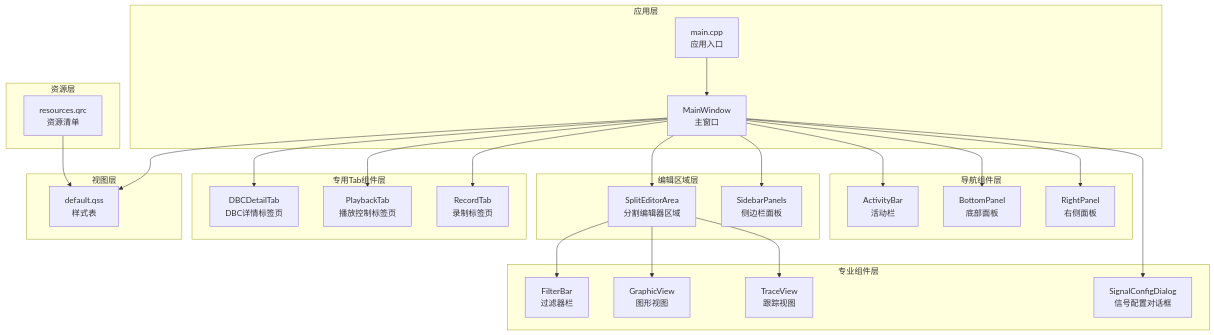
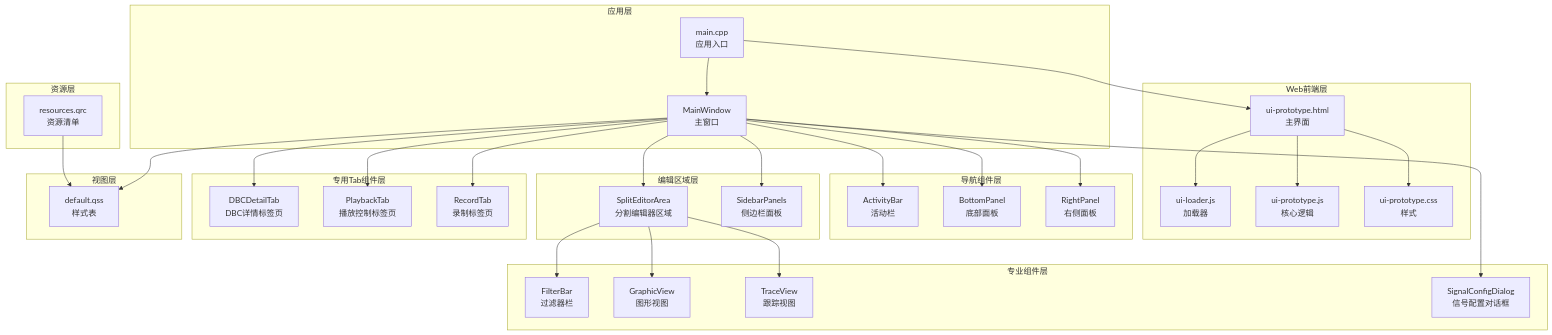
Before and after one commit to jakecai1225-design/OpenBus: the second of 21 diagrams in .qoder/repowiki/zh/content/架构设计/UI系统设计/UI系统设计.md, drawn with Mermaid. The commit also changed other lines of this file and 59 other files, not shown here.

````diff
--- a/.qoder/repowiki/zh/content/架构设计/UI系统设计/UI系统设计.md
+++ b/.qoder/repowiki/zh/content/架构设计/UI系统设计/UI系统设计.md
@@ -155,48 +153,58 @@
 ```mermaid
 graph TB
 subgraph "应用层"
 M["main.cpp<br/>应用入口"]
 MW["MainWindow<br/>主窗口"]
+end
+subgraph "Web前端层"
+WPH["ui-prototype.html<br/>主界面"]
+WL["ui-loader.js<br/>加载器"]
+WP["ui-prototype.js<br/>核心逻辑"]
+WC["ui-prototype.css<br/>样式"]
 end
 subgraph "导航组件层"
 AB["ActivityBar<br/>活动栏"]
 BP["BottomPanel<br/>底部面板"]
 RP["RightPanel<br/>右侧面板"]
 end
 subgraph "编辑区域层"
 SEA["SplitEditorArea<br/>分割编辑器区域"]
 SBP["SidebarPanels<br/>侧边栏面板"]
 end
 subgraph "专用Tab组件层"
 DBCT["DBCDetailTab<br/>DBC详情标签页"]
 PB["PlaybackTab<br/>播放控制标签页"]
 RT["RecordTab<br/>录制标签页"]
 end
 subgraph "专业组件层"
 FB["FilterBar<br/>过滤器栏"]
 GV["GraphicView<br/>图形视图"]
 TV["TraceView<br/>跟踪视图"]
 SCD["SignalConfigDialog<br/>信号配置对话框"]
 end
 subgraph "视图层"
 QSS["default.qss<br/>样式表"]
 end
 subgraph "资源层"
 QRC["resources.qrc<br/>资源清单"]
 end
 M --> MW
+M --> WPH
+WPH --> WL
+WPH --> WP
+WPH --> WC
 MW --> AB
 MW --> BP
 MW --> RP
 MW --> SEA
 MW --> SBP
 MW --> DBCT
 MW --> PB
 MW --> RT
 SEA --> FB
 SEA --> GV
 SEA --> TV
 MW --> SCD
 MW --> QSS
 QRC --> QSS
 ```
````
